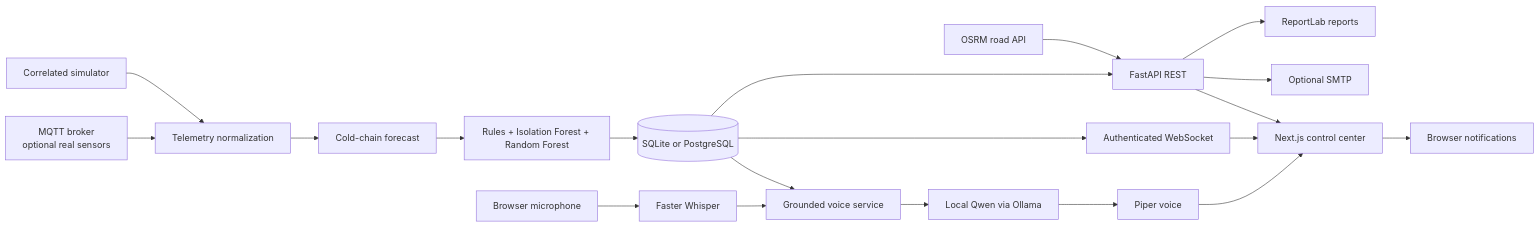
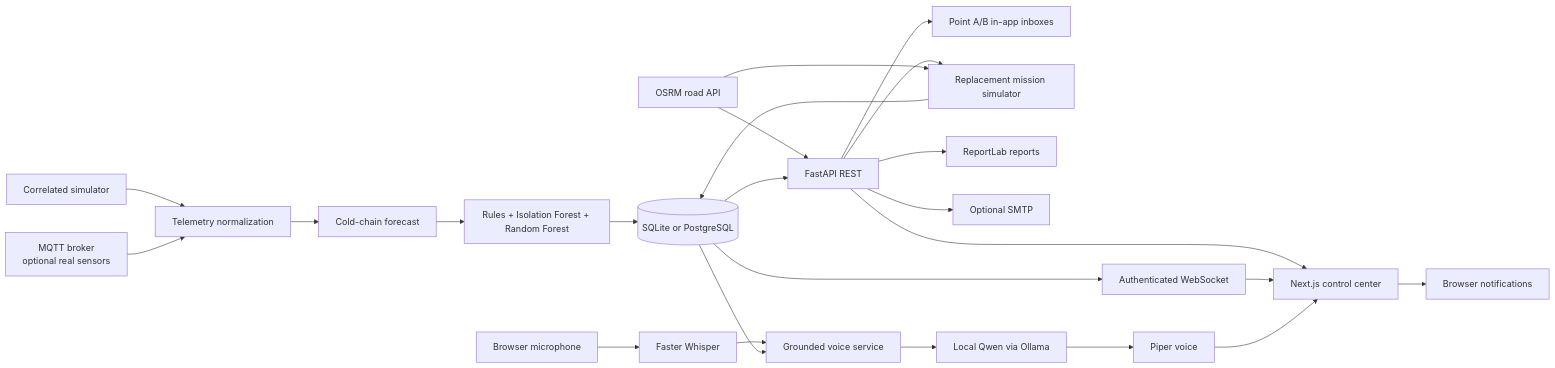
The diagram in docs/ARCHITECTURE.md (khushal-Taskar/thermatrace), drawn with Mermaid before and after one commit. The commit also changed other lines of this file and 31 other files, not shown here.

````diff
--- a/docs/ARCHITECTURE.md
+++ b/docs/ARCHITECTURE.md
@@ -5,22 +5,26 @@
 ```mermaid
 flowchart LR
     SIM[Correlated simulator] --> ING[Telemetry normalization]
     MQTT[MQTT broker<br/>optional real sensors] --> ING
     ING --> COLD[Cold-chain forecast]
     COLD --> AI[Rules + Isolation Forest + Random Forest]
     AI --> DB[(SQLite or PostgreSQL)]
     OSRM[OSRM road API] --> API[FastAPI REST]
     DB --> API
     DB --> WS[Authenticated WebSocket]
+    API --> DISPATCH[Point A/B in-app inboxes]
+    API --> RESCUE[Replacement mission simulator]
+    RESCUE --> DB
+    OSRM --> RESCUE
     API --> PDF[ReportLab reports]
     API --> MAIL[Optional SMTP]
     API --> WEB[Next.js control center]
     WS --> WEB
     WEB --> BROWSER[Browser notifications]
     MIC[Browser microphone] --> STT[Faster Whisper]
     STT --> VAI[Grounded voice service]
     DB --> VAI
     VAI --> LLM[Local Qwen via Ollama]
     LLM --> TTS[Piper voice]
     TTS --> WEB
 ```
````
